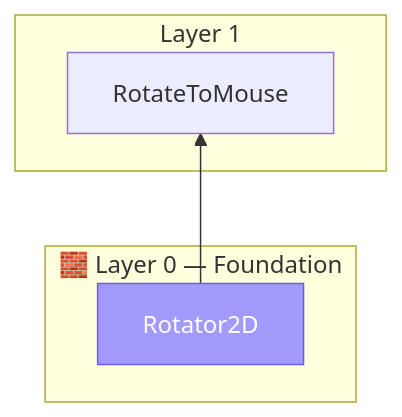
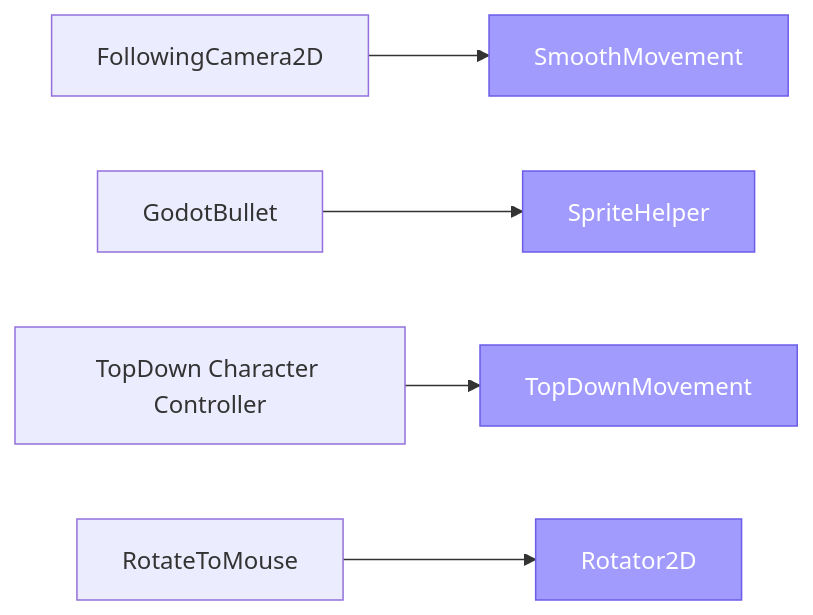
Before and after one commit to ChillCube/.github: the diagram in ADDONS.md, drawn with Mermaid. The commit also changed other lines of this file, not shown here.

Commit message:
registry: update dependency tree

````diff
--- a/ADDONS.md
+++ b/ADDONS.md
@@ -177,21 +178,33 @@
 ```mermaid
-%%{init: {"flowchart": {"curve": "linear"}}}%%
-flowchart BT
-    classDef core  fill:#4a9eff,stroke:#2471d4,color:#fff
+flowchart LR
+    classDef core  fill:#4a9eff,stroke:#2471d4,color:#fff,font-weight:bold
     classDef shared fill:#a29bfe,stroke:#6c5ce7,color:#fff
-    classDef external fill:#fd9644,stroke:#e67e22,color:#fff
 
-    subgraph Layer_0["🧱 Layer 0 — Foundation"]
-        rotator2d["Rotator2D"]
-    end
-    subgraph Layer_1["Layer 1"]
-        rotatetomouse["RotateToMouse"]
-    end
+    FollowingCamera2D["FollowingCamera2D"]
+    GodotBullet["GodotBullet"]
+    Godot_SmoothMovement["SmoothMovement"]
+    Godot_TopDown_Character_Controller["TopDown Character Controller"]
+    RotateToMouse["RotateToMouse"]
+    Rotator2D["Rotator2D"]
+    SpriteHelper["SpriteHelper"]
+    TopDownMovement["TopDownMovement"]
 
-    rotator2d --> rotatetomouse
+    FollowingCamera2D --> Godot_SmoothMovement
+    GodotBullet --> SpriteHelper
+    Godot_TopDown_Character_Controller --> TopDownMovement
+    RotateToMouse --> Rotator2D
 
-    class rotator2d shared
+    class Godot_SmoothMovement shared
+    class Rotator2D shared
+    class SpriteHelper shared
+    class TopDownMovement shared
 
-    click rotatetomouse href "https://github.com/ChillCube/RotateToMouse" _blank
-    click rotator2d href "https://github.com/ChillCube/Rotator2D" _blank
+    click FollowingCamera2D href "https://github.com/ChillCube/FollowingCamera2D" _blank
+    click GodotBullet href "https://github.com/ChillCube/GodotBullet" _blank
+    click Godot_SmoothMovement href "https://github.com/ChillCube/Godot_SmoothMovement" _blank
+    click Godot_TopDown_Character_Controller href "https://github.com/ChillCube/Godot_TopDown_Character_Controller" _blank
+    click RotateToMouse href "https://github.com/ChillCube/RotateToMouse" _blank
+    click Rotator2D href "https://github.com/ChillCube/Rotator2D" _blank
+    click SpriteHelper href "https://github.com/ChillCube/SpriteHelper" _blank
+    click TopDownMovement href "https://github.com/ChillCube/TopDownMovement" _blank
 ```
````
